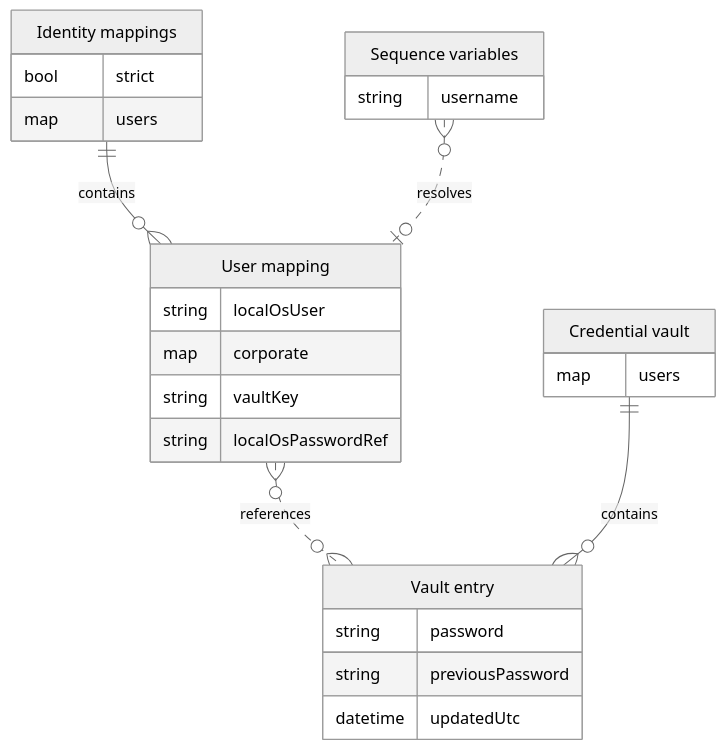
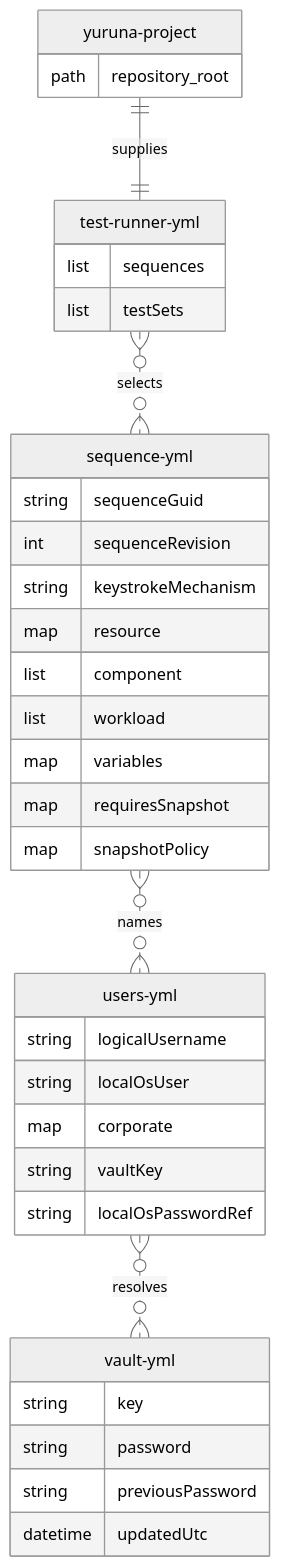
One commit to alissonsol/yuruna changed the second of 2 diagrams in docs/design/05-data-model.md. Above: the diagram before and after it, drawn with Mermaid (neutral theme). The commit also changed other lines of this file and 1383 other files, not shown here.

````diff
--- a/docs/design/05-data-model.md
+++ b/docs/design/05-data-model.md
@@ -164,28 +114,38 @@
 ```mermaid
 erDiagram
-    sequence-variables["Sequence variables"] {
-        string username
+    yuruna-project ||--|| test-runner-yml : supplies
+    test-runner-yml }o..o{ sequence-yml : selects
+    sequence-yml }o..o{ users-yml : names
+    users-yml }o..o{ vault-yml : resolves
+    yuruna-project {
+        path repository_root
     }
-    users-yml["Identity mappings"] {
-        bool strict
-        map users
+    test-runner-yml {
+        list sequences
+        list testSets
     }
-    user-mapping["User mapping"] {
+    sequence-yml {
+        string sequenceGuid
+        int sequenceRevision
+        string keystrokeMechanism
+        map resource
+        list component
+        list workload
+        map variables
+        map requiresSnapshot
+        map snapshotPolicy
+    }
+    users-yml {
+        string logicalUsername
         string localOsUser
         map corporate
         string vaultKey
         string localOsPasswordRef
     }
-    vault-yml["Credential vault"] {
-        map users
-    }
-    vault-entry["Vault entry"] {
+    vault-yml {
+        string key
         string password
         string previousPassword
         datetime updatedUtc
     }
-    users-yml ||--o{ user-mapping : contains
-    sequence-variables }o..o| user-mapping : resolves
-    user-mapping }o..o{ vault-entry : references
-    vault-yml ||--o{ vault-entry : contains
 ```
````
